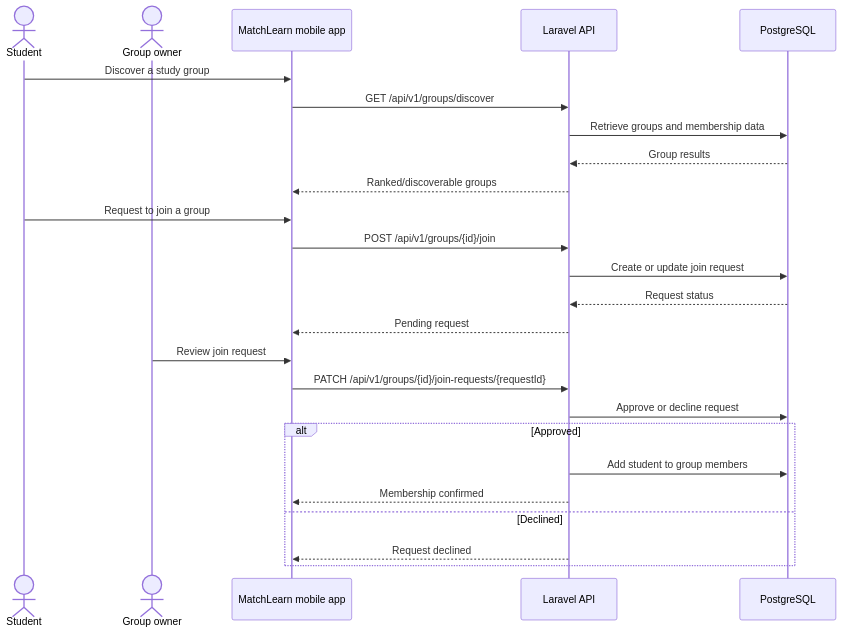
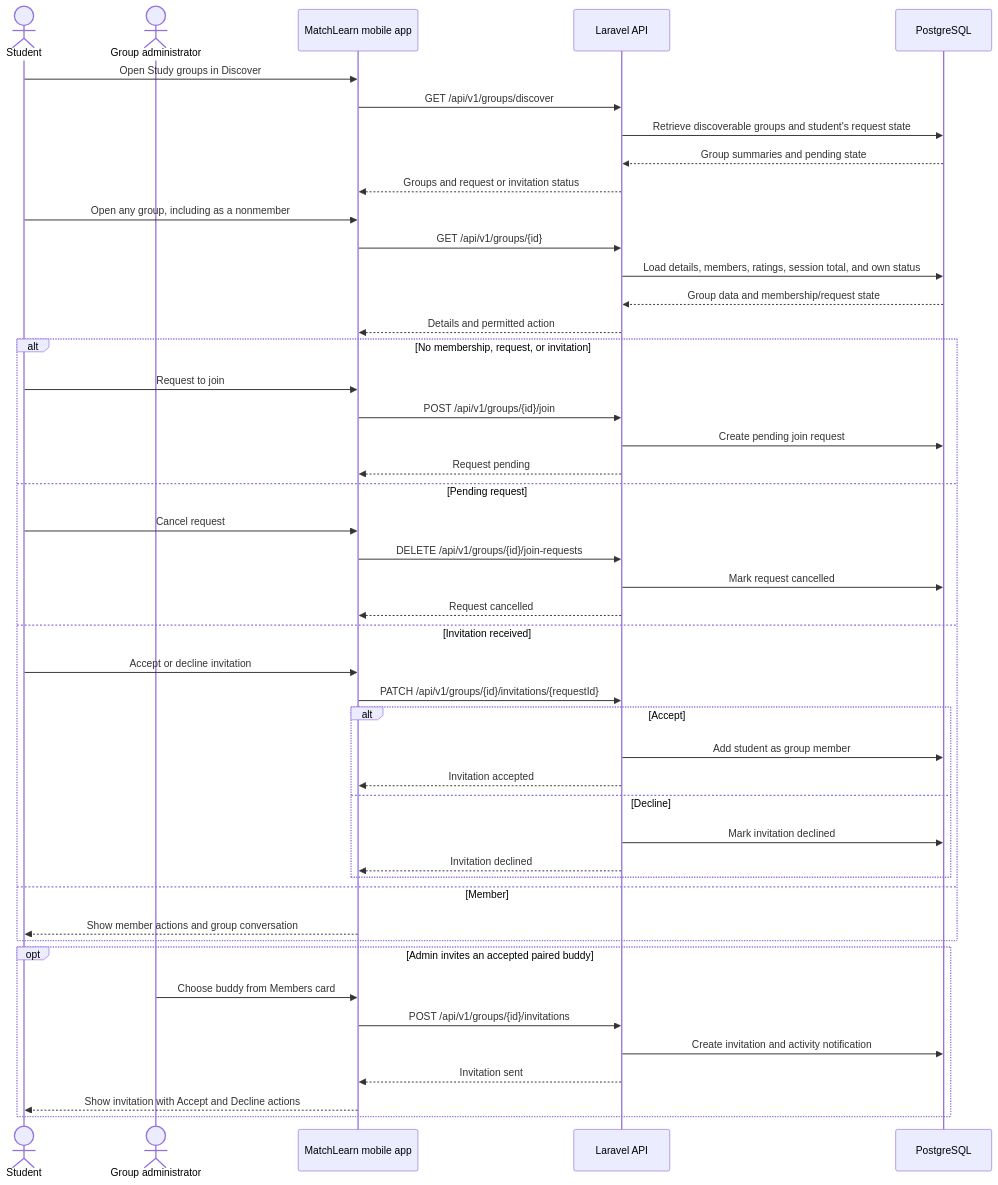
One commit to eescatin-ui/MatchLearn changed the seventh of 7 diagrams in docs/MatchLearn_Mermaid_Diagrams.md. Above: the diagram before and after it, drawn with Mermaid. The commit also changed other lines of this file and 21 other files, not shown here.

````diff
--- a/docs/MatchLearn_Mermaid_Diagrams.md
+++ b/docs/MatchLearn_Mermaid_Diagrams.md
@@ -256,28 +256,51 @@
 ```mermaid
 sequenceDiagram
     actor Student
-    actor Owner as Group owner
+    actor Admin as Group administrator
     participant App as MatchLearn mobile app
     participant API as Laravel API
     participant DB as PostgreSQL
 
-    Student->>App: Discover a study group
+    Student->>App: Open Study groups in Discover
     App->>API: GET /api/v1/groups/discover
-    API->>DB: Retrieve groups and membership data
-    DB-->>API: Group results
-    API-->>App: Ranked/discoverable groups
-    Student->>App: Request to join a group
-    App->>API: POST /api/v1/groups/{id}/join
-    API->>DB: Create or update join request
-    DB-->>API: Request status
-    API-->>App: Pending request
-    Owner->>App: Review join request
-    App->>API: PATCH /api/v1/groups/{id}/join-requests/{requestId}
-    API->>DB: Approve or decline request
-    alt Approved
-        API->>DB: Add student to group members
-        API-->>App: Membership confirmed
-    else Declined
-        API-->>App: Request declined
+    API->>DB: Retrieve discoverable groups and student's request state
+    DB-->>API: Group summaries and pending state
+    API-->>App: Groups and request or invitation status
+    Student->>App: Open any group, including as a nonmember
+    App->>API: GET /api/v1/groups/{id}
+    API->>DB: Load details, members, ratings, session total, and own status
+    DB-->>API: Group data and membership/request state
+    API-->>App: Details and permitted action
+
+    alt No membership, request, or invitation
+        Student->>App: Request to join
+        App->>API: POST /api/v1/groups/{id}/join
+        API->>DB: Create pending join request
+        API-->>App: Request pending
+    else Pending request
+        Student->>App: Cancel request
+        App->>API: DELETE /api/v1/groups/{id}/join-requests
+        API->>DB: Mark request cancelled
+        API-->>App: Request cancelled
+    else Invitation received
+        Student->>App: Accept or decline invitation
+        App->>API: PATCH /api/v1/groups/{id}/invitations/{requestId}
+        alt Accept
+            API->>DB: Add student as group member
+            API-->>App: Invitation accepted
+        else Decline
+            API->>DB: Mark invitation declined
+            API-->>App: Invitation declined
+        end
+    else Member
+        App-->>Student: Show member actions and group conversation
+    end
+
+    opt Admin invites an accepted paired buddy
+        Admin->>App: Choose buddy from Members card
+        App->>API: POST /api/v1/groups/{id}/invitations
+        API->>DB: Create invitation and activity notification
+        API-->>App: Invitation sent
+        App-->>Student: Show invitation with Accept and Decline actions
     end
 ```
````
